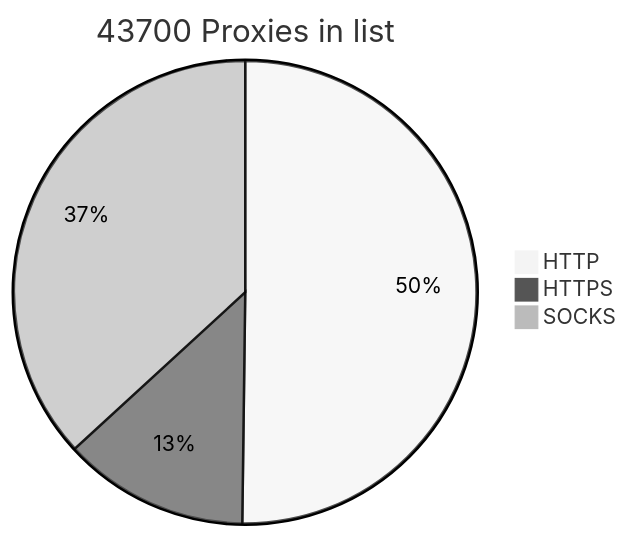
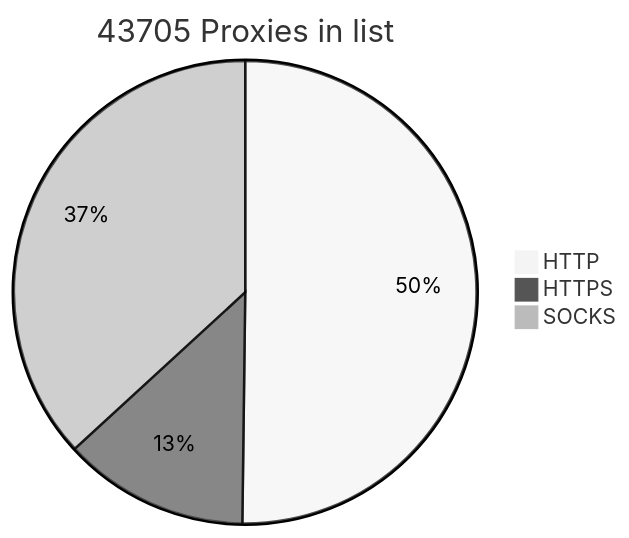
The diagram in README.md (BlackSnowDot/proxylist-update-every-minute), drawn with Mermaid (neutral theme) before and after one commit.

````diff
--- a/README.md
+++ b/README.md
@@ -2,6 +2,6 @@
 ```mermaid
-pie title 43700 Proxies in list
+pie title 43705 Proxies in list
     "HTTP" : 24441
     "HTTPS": 6318
-    "SOCKS" : 17925
+    "SOCKS" : 17930
 ```
````
